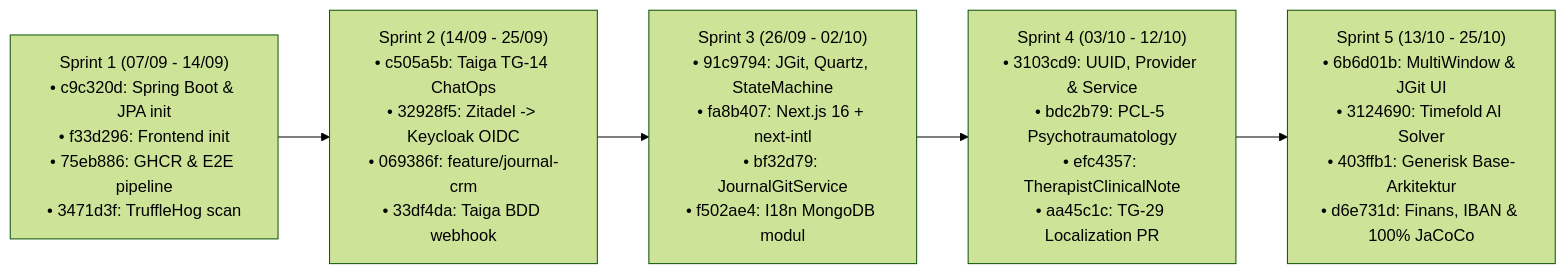
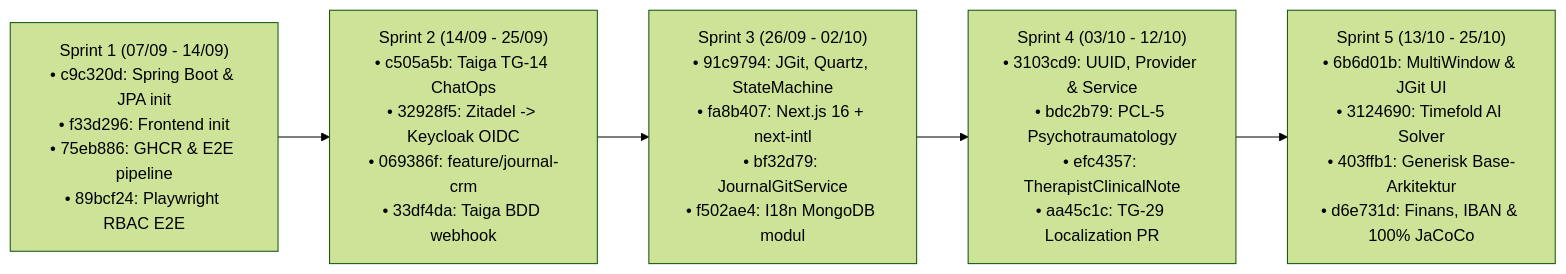
The first of 24 diagrams in HOVEDOPGAVE_DIAGRAMMER.md (7-3-N-3-7/api), drawn with Mermaid (forest theme) before and after one commit. The commit also changed other lines of this file and 57 other files, not shown here.

First line of the commit message:
remove trufflehog & tilføj links til diagrammer (#103)

````diff
--- a/HOVEDOPGAVE_DIAGRAMMER.md
+++ b/HOVEDOPGAVE_DIAGRAMMER.md
@@ -82,10 +37,10 @@
 ```mermaid
 flowchart LR
-    S1["Sprint 1 (07/09 - 14/09)\n• c9c320d: Spring Boot & JPA init\n• f33d296: Frontend init\n• 75eb886: GHCR & E2E pipeline\n• 3471d3f: TruffleHog scan"]
+    S1["Sprint 1 (07/09 - 14/09)\n• c9c320d: Spring Boot & JPA init\n• f33d296: Frontend init\n• 75eb886: GHCR & E2E pipeline\n• 89bcf24: Playwright RBAC E2E"]
     S2["Sprint 2 (14/09 - 25/09)\n• c505a5b: Taiga TG-14 ChatOps\n• 32928f5: Zitadel -> Keycloak OIDC\n• 069386f: feature/journal-crm\n• 33df4da: Taiga BDD webhook"]
     S3["Sprint 3 (26/09 - 02/10)\n• 91c9794: JGit, Quartz, StateMachine\n• fa8b407: Next.js 16 + next-intl\n• bf32d79: JournalGitService\n• f502ae4: I18n MongoDB modul"]
     S4["Sprint 4 (03/10 - 12/10)\n• 3103cd9: UUID, Provider & Service\n• bdc2b79: PCL-5 Psychotraumatology\n• efc4357: TherapistClinicalNote\n• aa45c1c: TG-29 Localization PR"]
     S5["Sprint 5 (13/10 - 25/10)\n• 6b6d01b: MultiWindow & JGit UI\n• 3124690: Timefold AI Solver\n• 403ffb1: Generisk Base-Arkitektur\n• d6e731d: Finans, IBAN & 100% JaCoCo"]
 
     S1 --> S2 --> S3 --> S4 --> S5
 ```
````
